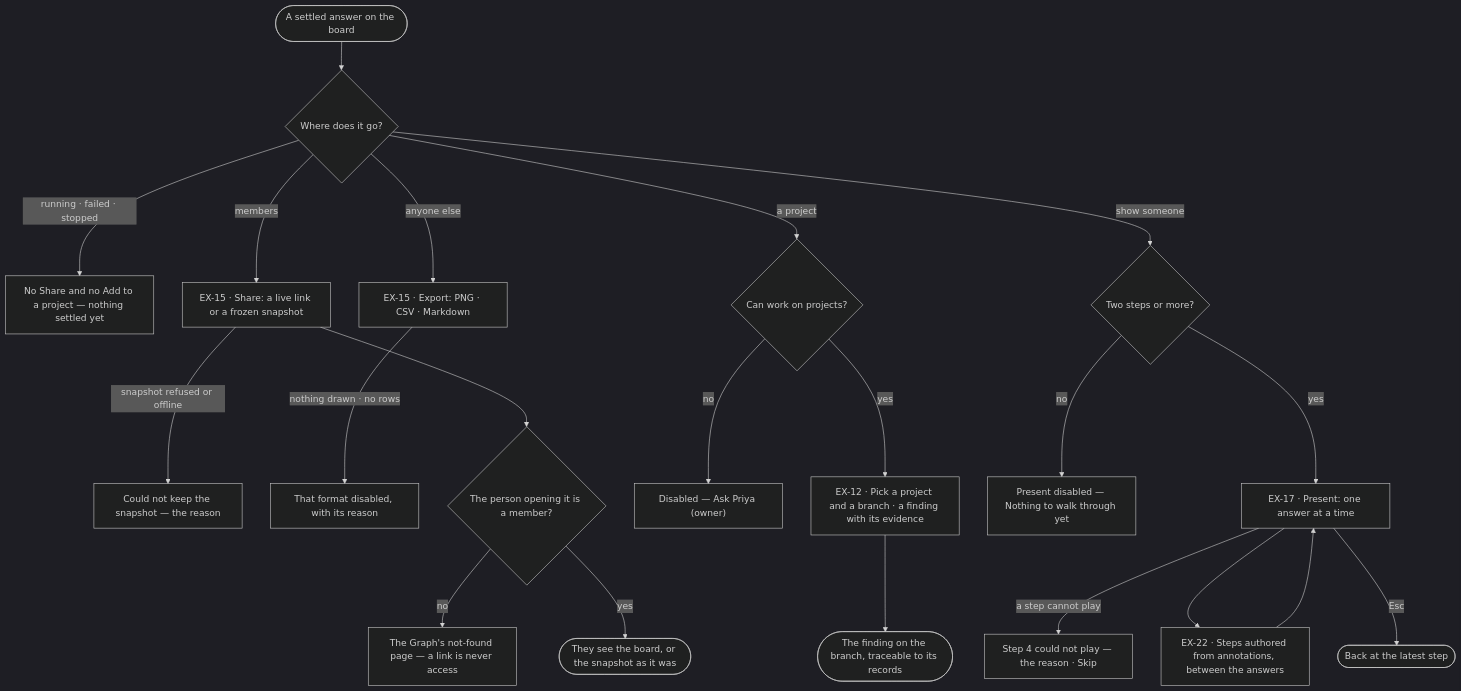
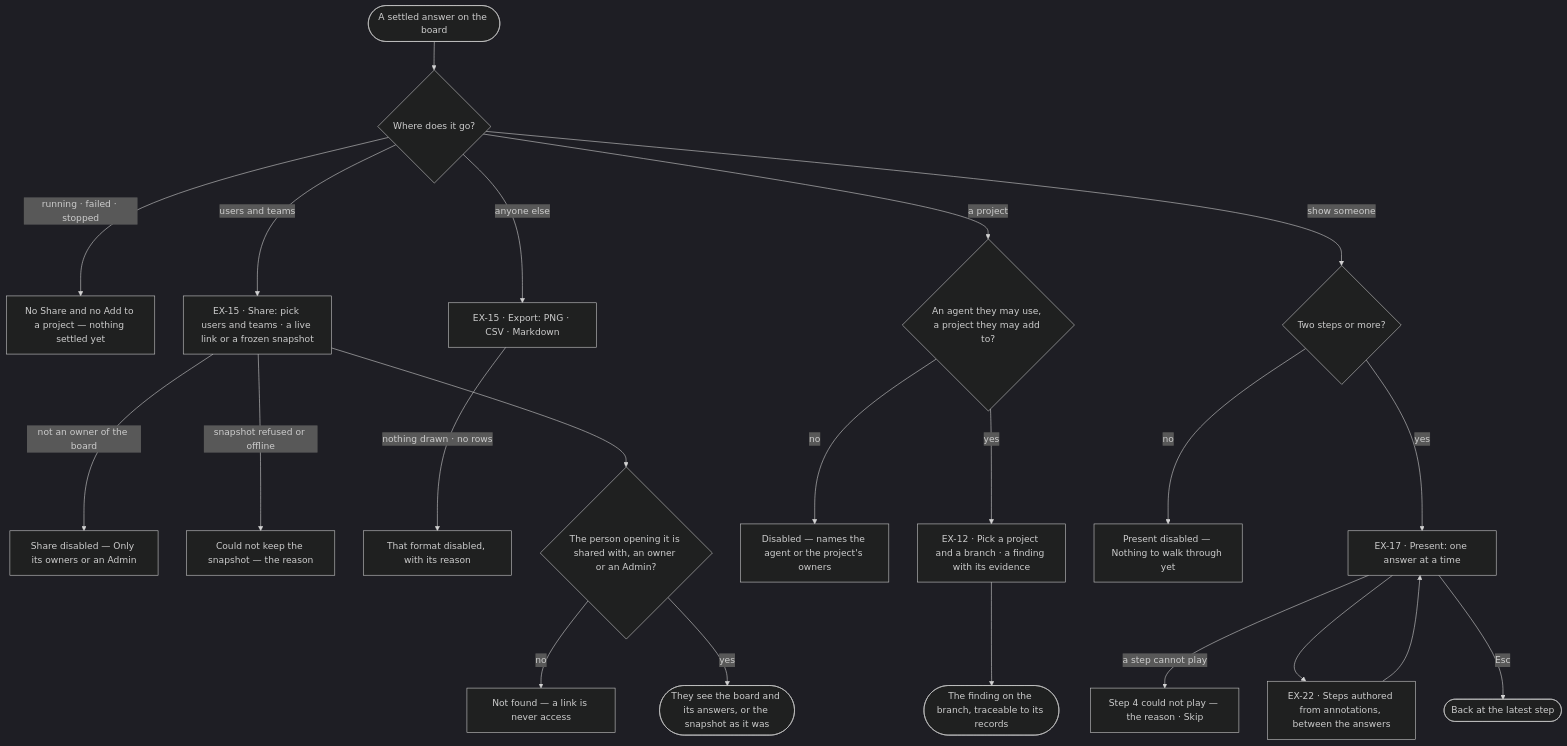
One commit to invana/invana changed the diagram in specs/capabilities/explore/features/EX-F02-share-and-present-an-answer/feature.md. Above: the diagram before and after it, drawn with Mermaid (dark theme). The commit also changed other lines of this file and 522 other files, not shown here.

````diff
--- a/specs/capabilities/explore/features/EX-F02-share-and-present-an-answer/feature.md
+++ b/specs/capabilities/explore/features/EX-F02-share-and-present-an-answer/feature.md
@@ -24,23 +24,24 @@
 ```mermaid
 flowchart TD
   start([A settled answer on the board]) --> d{Where does it go?}
   d -->|running · failed · stopped| none["No Share and no Add to a project — nothing settled yet"]
-  d -->|members| sh["EX-15 · Share: a live link or a frozen snapshot"]
+  d -->|users and teams| sh["EX-15 · Share: pick users and teams · a live link or a frozen snapshot"]
+  sh -->|not an owner of the board| nown["Share disabled — Only its owners or an Admin"]
   sh -->|snapshot refused or offline| shf["Could not keep the snapshot — the reason"]
   d -->|anyone else| exp["EX-15 · Export: PNG · CSV · Markdown"]
   exp -->|nothing drawn · no rows| dis["That format disabled, with its reason"]
-  sh --> open{The person opening it is a member?}
-  open -->|no| nf["The Graph's not-found page — a link is never access"]
-  open -->|yes| seen([They see the board, or the snapshot as it was])
-  d -->|a project| pj{Can work on projects?}
-  pj -->|no| ask["Disabled — Ask Priya (owner)"]
+  sh --> open{The person opening it is shared with, an owner or an Admin?}
+  open -->|no| nf["Not found — a link is never access"]
+  open -->|yes| seen([They see the board and its answers, or the snapshot as it was])
+  d -->|a project| pj{"An agent they may use, a project they may add to?"}
+  pj -->|no| ask["Disabled — names the agent or the project's owners"]
   pj -->|yes| fi["EX-12 · Pick a project and a branch · a finding with its evidence"]
   fi --> fdone([The finding on the branch, traceable to its records])
   d -->|show someone| pr{Two steps or more?}
   pr -->|no| pz["Present disabled — Nothing to walk through yet"]
   pr -->|yes| p["EX-17 · Present: one answer at a time"]
   p -->|a step cannot play| ps["Step 4 could not play — the reason · Skip"]
   p --> story["EX-22 · Steps authored from annotations, between the answers"]
   story --> p
   p -->|Esc| back([Back at the latest step])
 ```
````
